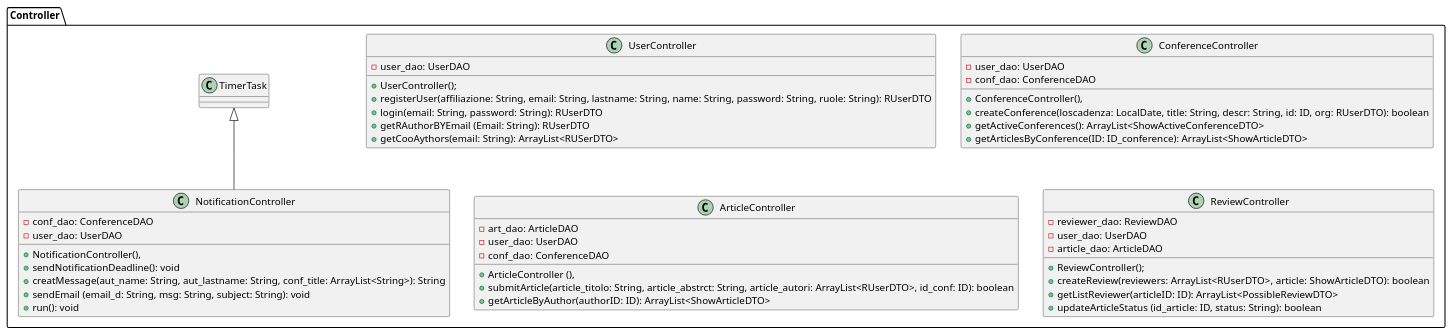
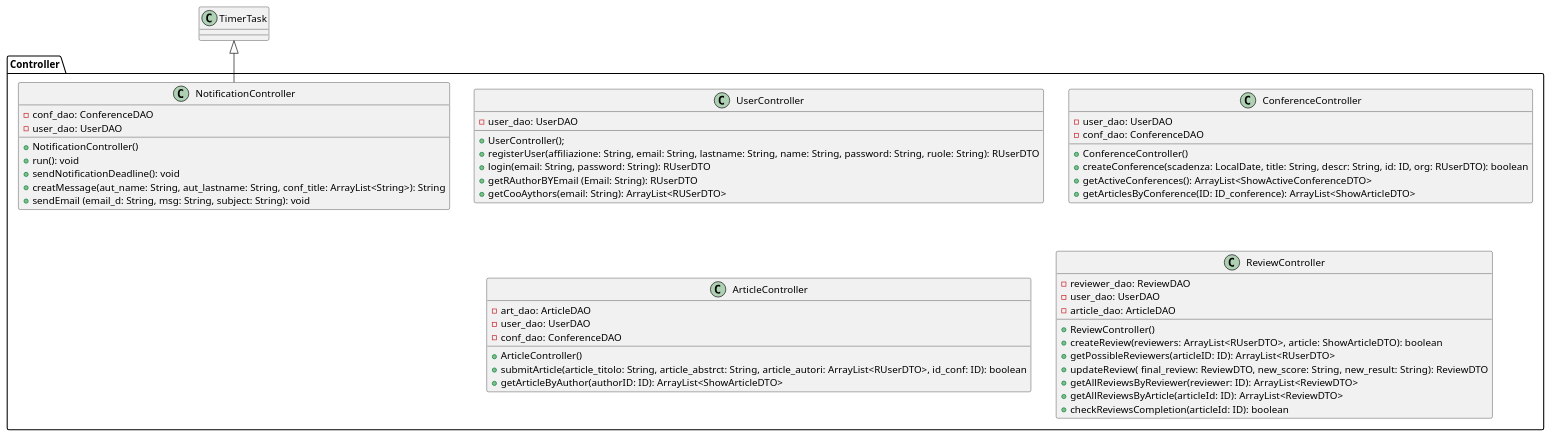
The diagram in VisualParadigm/diagramma_prg_controller.puml (Air4x/Progetto_ISW), drawn with PlantUML before and after one commit.

Commit message:
Aggiornato il diagramma per la progettazione del package controller

```diff
--- a/VisualParadigm/diagramma_prg_controller.puml
+++ b/VisualParadigm/diagramma_prg_controller.puml
@@ -1,54 +1,55 @@
 @startuml
 package Controller {
 
   class UserController {
     - user_dao: UserDAO
     + UserController();
     + registerUser(affiliazione: String, email: String, lastname: String, name: String, password: String, ruole: String): RUserDTO
     + login(email: String, password: String): RUserDTO
     + getRAuthorBYEmail (Email: String): RUserDTO
     + getCooAythors(email: String): ArrayList<RUSerDTO>
   }
 
   class ConferenceController {
     - user_dao: UserDAO
     - conf_dao: ConferenceDAO
-    + ConferenceController(),
-    + createConference(loscadenza: LocalDate, title: String, descr: String, id: ID, org: RUserDTO): boolean
+    + ConferenceController()
+    + createConference(scadenza: LocalDate, title: String, descr: String, id: ID, org: RUserDTO): boolean
     + getActiveConferences(): ArrayList<ShowActiveConferenceDTO>
     + getArticlesByConference(ID: ID_conference): ArrayList<ShowArticleDTO>
   }
   
   class ArticleController {
     - art_dao: ArticleDAO
     - user_dao: UserDAO
     - conf_dao: ConferenceDAO
-    + ArticleController (),
+    + ArticleController()
     + submitArticle(article_titolo: String, article_abstrct: String, article_autori: ArrayList<RUserDTO>, id_conf: ID): boolean
     + getArticleByAuthor(authorID: ID): ArrayList<ShowArticleDTO>
   }
 
   class ReviewController {
     - reviewer_dao: ReviewDAO
     - user_dao: UserDAO
     - article_dao: ArticleDAO
-    + ReviewController();
+    + ReviewController()
     + createReview(reviewers: ArrayList<RUserDTO>, article: ShowArticleDTO): boolean
-    + getListReviewer(articleID: ID): ArrayList<PossibleReviewDTO>
-    + updateArticleStatus (id_article: ID, status: String): boolean
+    + getPossibleReviewers(articleID: ID): ArrayList<RUserDTO>
+    + updateReview( final_review: ReviewDTO, new_score: String, new_result: String): ReviewDTO
+    + getAllReviewsByReviewer(reviewer: ID): ArrayList<ReviewDTO>
+    + getAllReviewsByArticle(articleId: ID): ArrayList<ReviewDTO>
+    + checkReviewsCompletion(articleId: ID): boolean
   }
 
   class NotificationController {
     - conf_dao: ConferenceDAO
     - user_dao: UserDAO
-    + NotificationController(),
+    + NotificationController()
+    + run(): void
     + sendNotificationDeadline(): void
     + creatMessage(aut_name: String, aut_lastname: String, conf_title: ArrayList<String>): String
     + sendEmail (email_d: String, msg: String, subject: String): void
-    + run(): void
   }
-
+}
 TimerTask <|-- NotificationController
-
-}
 @enduml
```
